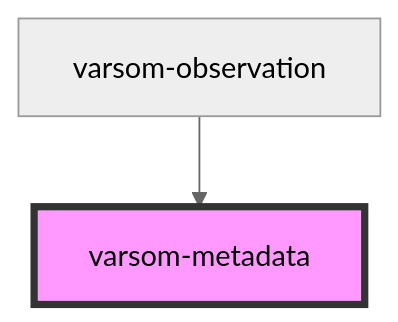
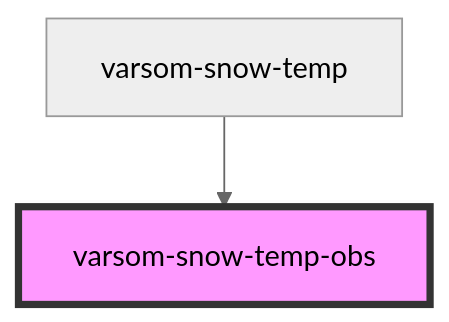
Before and after one commit to NVE/varsom-observation: the diagram in observasjonskort/src/components/varsom-snow-temp-obs/readme.md, drawn with Mermaid (neutral theme). The commit also changed other lines of this file and 27 other files, not shown here.

````diff
--- a/observasjonskort/src/components/varsom-snow-temp-obs/readme.md
+++ b/observasjonskort/src/components/varsom-snow-temp-obs/readme.md
@@ -29,5 +24,5 @@
 ```mermaid
 graph TD;
-  varsom-observation --> varsom-metadata
-  style varsom-metadata fill:#f9f,stroke:#333,stroke-width:4px
+  varsom-snow-temp --> varsom-snow-temp-obs
+  style varsom-snow-temp-obs fill:#f9f,stroke:#333,stroke-width:4px
 ```
````
